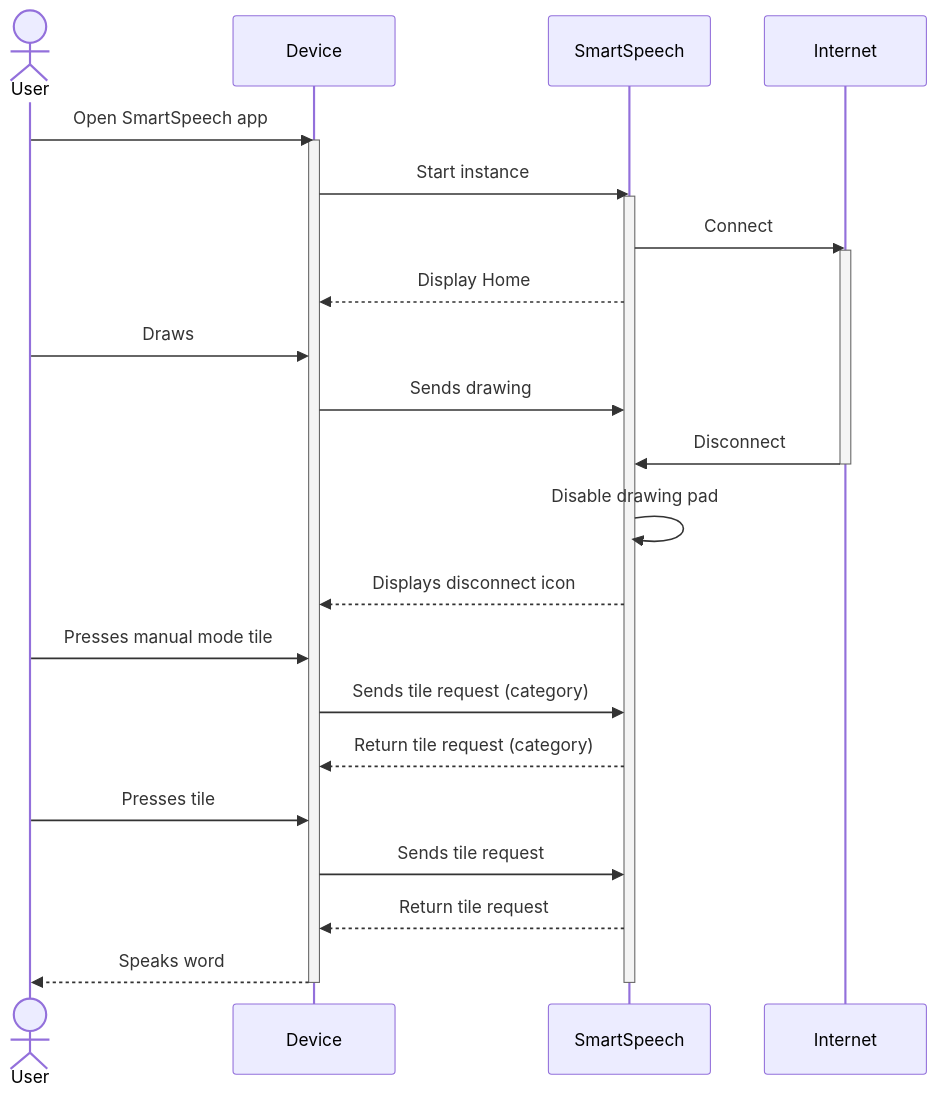
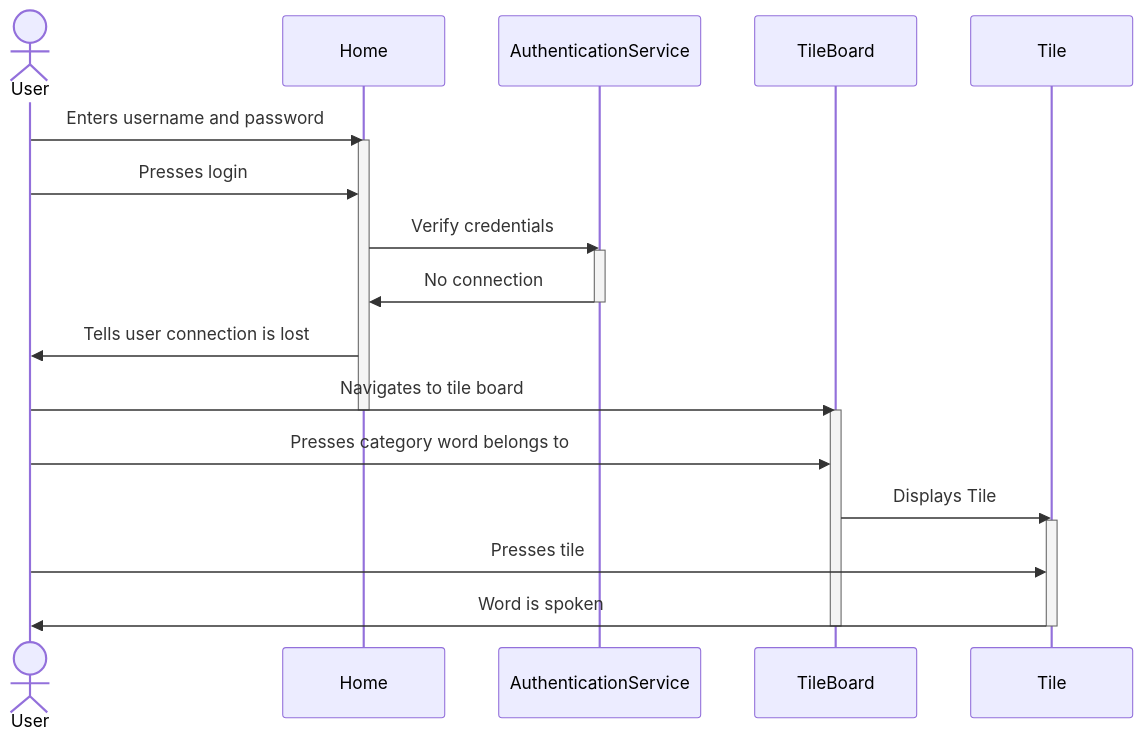
The ninth of 9 diagrams in documentation/docs/system-architecture/SequenceDiagrams.md (Capstone-Projects-2023-Fall/project-smartspeech), drawn with Mermaid before and after one commit. The commit also changed other lines of this file, not shown here.

Commit message:
Update sequence diagrams based on feedback

````diff
--- a/documentation/docs/system-architecture/SequenceDiagrams.md
+++ b/documentation/docs/system-architecture/SequenceDiagrams.md
@@ -409,34 +405,33 @@
 ```mermaid
 sequenceDiagram
     actor U as User
-    participant D as Device
-    participant S as SmartSpeech
-    participant I as Internet
+    participant H as Home
+    participant A as AuthenticationService
+    participant TB as TileBoard
+    participant T as Tile
 
-    U->>D: Open SmartSpeech app
-    activate D
-    D->>S: Start instance
-    activate S
-    S->>I: Connect
-    activate I
-    S-->>D: Display Home
-    U->>D: Draws
-    D->>S: Sends drawing
+    U->>H: Enters username and password
+    activate H
 
-    I->>S: Disconnect
-    deactivate I
-    S->>S: Disable drawing pad
-    S-->>D: Displays disconnect icon
-   
-   
-    U->>D: Presses manual mode tile
-    D->>S: Sends tile request (category)
-    S-->>D: Return tile request (category)
-    U->>D: Presses tile
-    D->>S: Sends tile request
-    S-->>D: Return tile request    
-    D-->>U: Speaks word
+    U->>H: Presses login
+    H->>A: Verify credentials
+    activate A
+    A->>H: No connection
+    deactivate A
 
-    deactivate D
-    deactivate S
+    H->>U: Tells user connection is lost
+
+    U->>TB: Navigates to tile board
+    deactivate H
+    activate TB
+    
+    U->>TB: Presses category word belongs to
+    TB->>T: Displays Tile
+    activate T
+    
+    U->>T: Presses tile
+    T->>U: Word is spoken
+    deactivate T
+
+    deactivate TB
 ```
````
